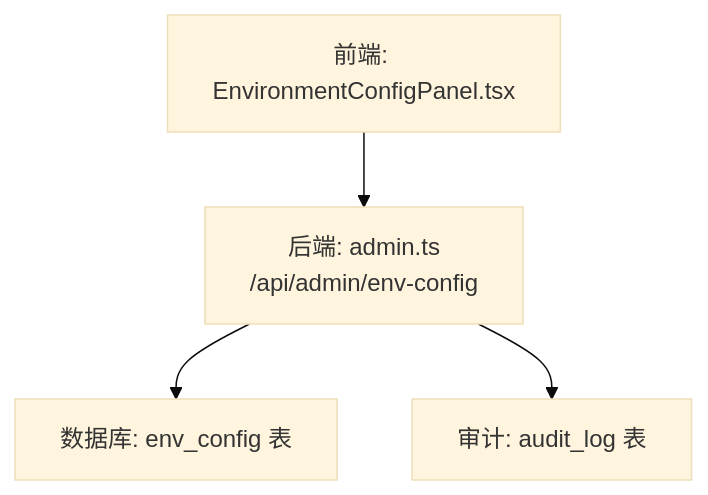
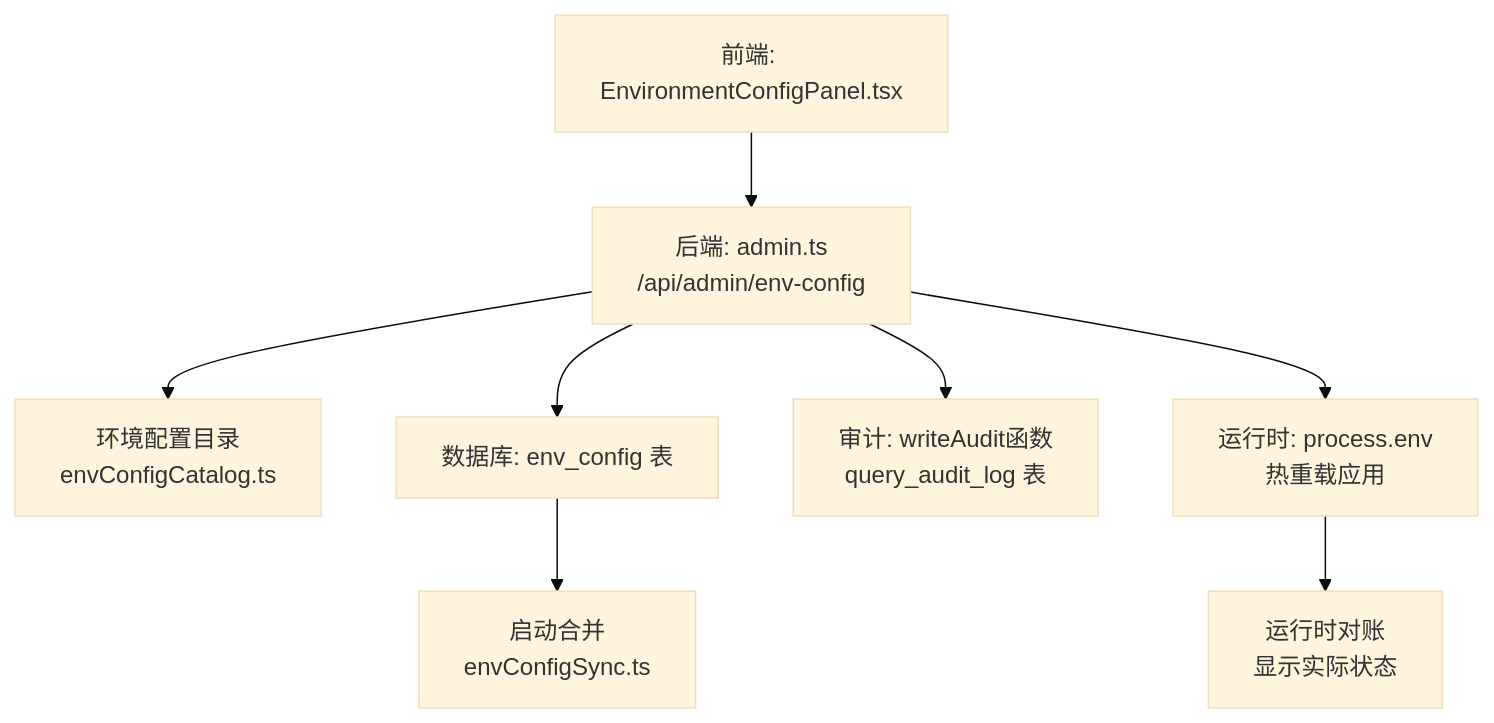
One commit to dgjin/smart-data-analytics changed the first of 5 diagrams in .qoder/repowiki/zh/content/API参考/管理API/环境配置API.md. Above: the diagram before and after it, drawn with Mermaid (base theme). The commit also changed other lines of this file and 146 other files, not shown here.

````diff
--- a/.qoder/repowiki/zh/content/API参考/管理API/环境配置API.md
+++ b/.qoder/repowiki/zh/content/API参考/管理API/环境配置API.md
@@ -36,6 +51,10 @@
 ```mermaid
 graph TB
 FE["前端: EnvironmentConfigPanel.tsx"] --> API["后端: admin.ts<br/>/api/admin/env-config"]
+API --> Catalog["环境配置目录<br/>envConfigCatalog.ts"]
 API --> DB["数据库: env_config 表"]
-API --> AUDIT["审计: audit_log 表"]
+API --> Audit["审计: writeAudit函数<br/>query_audit_log 表"]
+API --> Runtime["运行时: process.env<br/>热重载应用"]
+Runtime --> Monitor["运行时对账<br/>显示实际状态"]
+DB --> Sync["启动合并<br/>envConfigSync.ts"]
 ```
````
